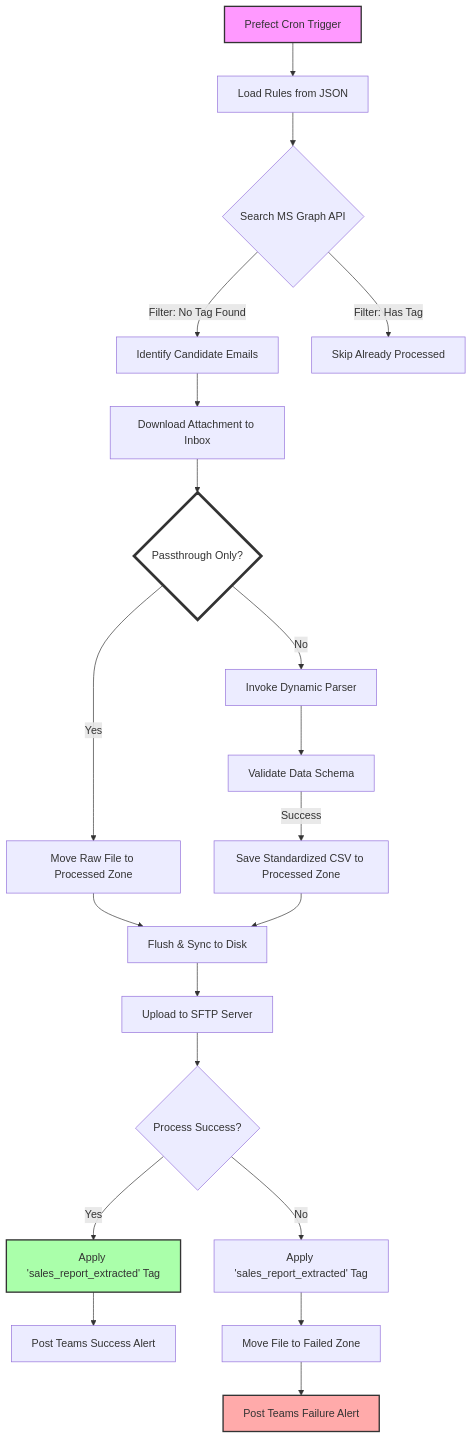
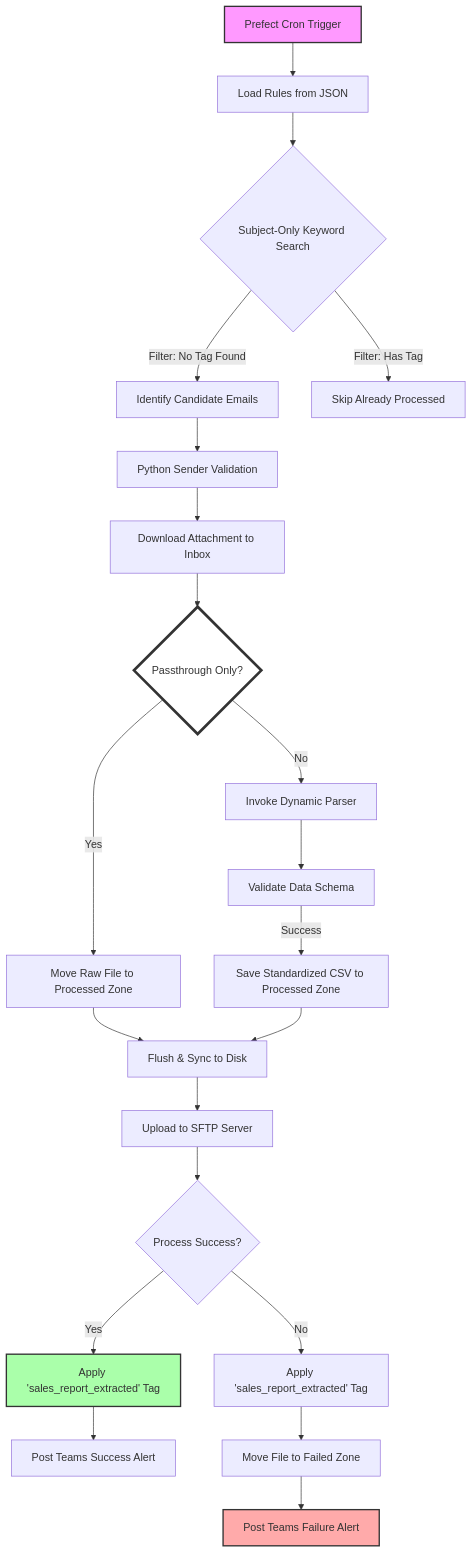
One commit to nateadewynters-prog/prefect-prod changed the diagram in sales_report_extraction/architecture_flow.md. Above: the diagram before and after it, drawn with Mermaid. The commit also changed other lines of this file and 9 other files, not shown here.

````diff
--- a/sales_report_extraction/architecture_flow.md
+++ b/sales_report_extraction/architecture_flow.md
@@ -5,45 +5,46 @@
 ```mermaid
 graph TD
     %% 1. Trigger
     A[Prefect Cron Trigger] --> B[Load Rules from JSON]
     
     %% 2. Search & Filter
-    B --> C{Search MS Graph API}
+    B --> C{Subject-Only Keyword Search}
     C -->|Filter: No Tag Found| D[Identify Candidate Emails]
-    C -->|Filter: Has Tag| E[Skip Already Processed]
+    D --> E[Python Sender Validation]
+    C -->|Filter: Has Tag| F[Skip Already Processed]
     
     %% 3. Download
-    D --> F[Download Attachment to Inbox]
+    E --> G[Download Attachment to Inbox]
     
     %% 4. Routing Logic
-    F --> G{Passthrough Only?}
+    G --> H{Passthrough Only?}
     
     %% 5a. Passthrough Path
-    G -->|Yes| H[Move Raw File to Processed Zone]
-    H --> I[Flush & Sync to Disk]
+    H -->|Yes| I[Move Raw File to Processed Zone]
+    I --> J[Flush & Sync to Disk]
     
     %% 5b. Standard Path
-    G -->|No| J[Invoke Dynamic Parser]
-    J --> K[Validate Data Schema]
-    K -->|Success| L[Save Standardized CSV to Processed Zone]
-    L --> I
+    H -->|No| K[Invoke Dynamic Parser]
+    K --> L[Validate Data Schema]
+    L -->|Success| M[Save Standardized CSV to Processed Zone]
+    M --> J
     
     %% 6. Delivery
-    I --> M[Upload to SFTP Server]
+    J --> N[Upload to SFTP Server]
     
     %% 7. Finalize State
-    M --> N{Process Success?}
-    N -->|Yes| O[Apply 'sales_report_extracted' Tag]
-    N -->|No| P[Apply 'sales_report_extracted' Tag]
+    N --> O{Process Success?}
+    O -->|Yes| P[Apply 'sales_report_extracted' Tag]
+    O -->|No| Q[Apply 'sales_report_extracted' Tag]
     
     %% 8. Alerts
-    O --> Q[Post Teams Success Alert]
-    P --> R[Move File to Failed Zone]
-    R --> S[Post Teams Failure Alert]
+    P --> R[Post Teams Success Alert]
+    Q --> S[Move File to Failed Zone]
+    S --> T[Post Teams Failure Alert]
     
     %% Styling
     style A fill:#f9f,stroke:#333,stroke-width:2px
-    style O fill:#afa,stroke:#333,stroke-width:2px
-    style S fill:#faa,stroke:#333,stroke-width:2px
-    style G fill:#fff,stroke:#333,stroke-width:4px
+    style P fill:#afa,stroke:#333,stroke-width:2px
+    style T fill:#faa,stroke:#333,stroke-width:2px
+    style H fill:#fff,stroke:#333,stroke-width:4px
 ```
````
